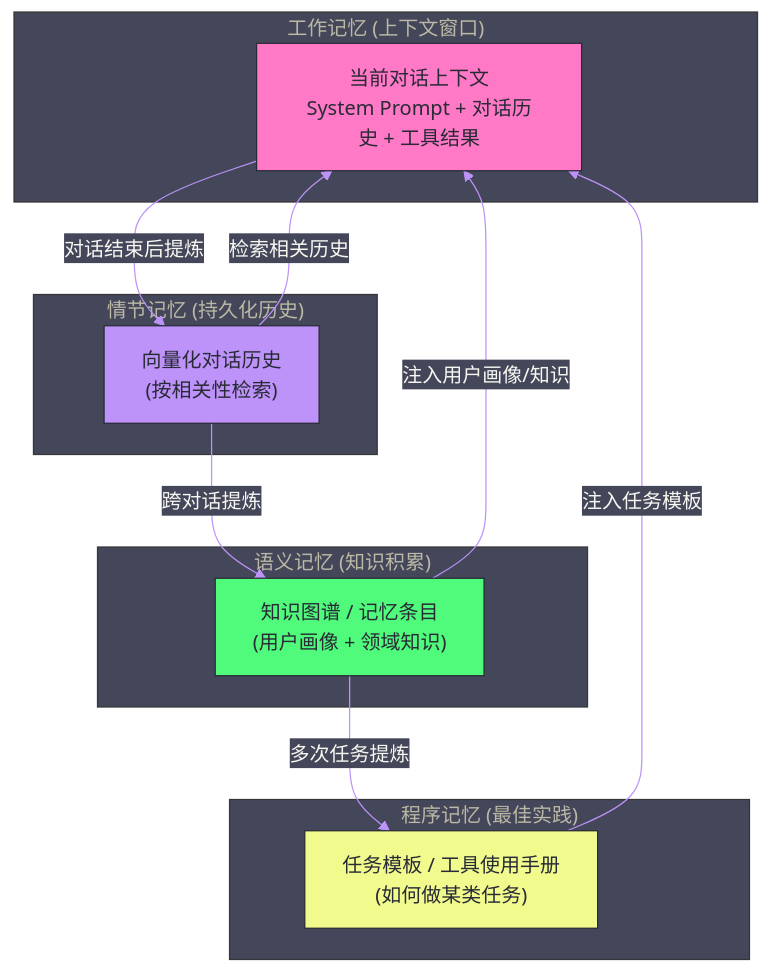
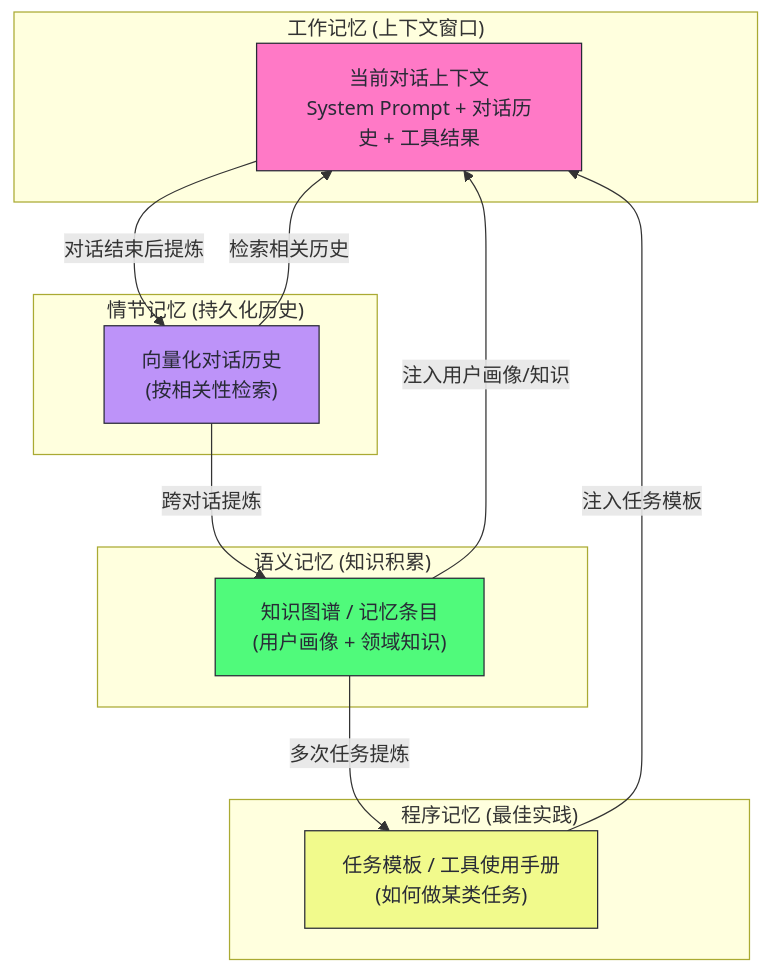
Before and after one commit to hpliStartAgain/my-brain: the diagram in content/LLM/Agent技术/应用开发/12 Agent 记忆体系——从短期缓冲到长期知识.md, drawn with Mermaid. The commit also changed other lines of this file and 8 other files, not shown here.

````diff
--- a/content/LLM/Agent技术/应用开发/12 Agent 记忆体系——从短期缓冲到长期知识.md
+++ b/content/LLM/Agent技术/应用开发/12 Agent 记忆体系——从短期缓冲到长期知识.md
@@ -295,36 +332,36 @@
 ```mermaid
-%%{init: {'theme': 'base', 'themeVariables': {'primaryColor': '#282a36', 'primaryTextColor': '#f8f8f2', 'primaryBorderColor': '#6272a4', 'lineColor': '#bd93f9', 'secondaryColor': '#44475a', 'tertiaryColor': '#44475a'}}}%%
+%%{init: {'theme': 'dracula', 'themeVariables': {'primaryColor': '#282a36', 'primaryTextColor': '#f8f8f2', 'primaryBorderColor': '#6272a4', 'lineColor': '#bd93f9', 'secondaryColor': '#44475a', 'tertiaryColor': '#44475a'}}%%
 graph TD
     subgraph WORKING ["工作记忆 (上下文窗口)"]
-        CTX["当前对话上下文</br>System Prompt + 对话历史 + 工具结果"]
+        CTX["当前对话上下文<br/>System Prompt + 对话历史 + 工具结果"]
     end
 
     subgraph EPISODIC ["情节记忆 (持久化历史)"]
-        EP["向量化对话历史</br>(按相关性检索)"]
+        EP["向量化对话历史<br/>(按相关性检索)"]
     end
 
     subgraph SEMANTIC ["语义记忆 (知识积累)"]
-        SEM["知识图谱 / 记忆条目</br>(用户画像 + 领域知识)"]
+        SEM["知识图谱 / 记忆条目<br/>(用户画像 + 领域知识)"]
     end
 
     subgraph PROCEDURAL ["程序记忆 (最佳实践)"]
-        PRO["任务模板 / 工具使用手册</br>(如何做某类任务)"]
+        PRO["任务模板 / 工具使用手册<br/>(如何做某类任务)"]
     end
 
     EP -->|"检索相关历史"| CTX
     SEM -->|"注入用户画像/知识"| CTX
     PRO -->|"注入任务模板"| CTX
 
     CTX -->|"对话结束后提炼"| EP
     EP -->|"跨对话提炼"| SEM
     SEM -->|"多次任务提炼"| PRO
 
     classDef working fill:#ff79c6,stroke:#282a36,color:#282a36
     classDef episodic fill:#bd93f9,stroke:#282a36,color:#282a36
     classDef semantic fill:#50fa7b,stroke:#282a36,color:#282a36
     classDef procedural fill:#f1fa8c,stroke:#282a36,color:#282a36
     class CTX working
     class EP episodic
     class SEM semantic
     class PRO procedural
 ```
````
